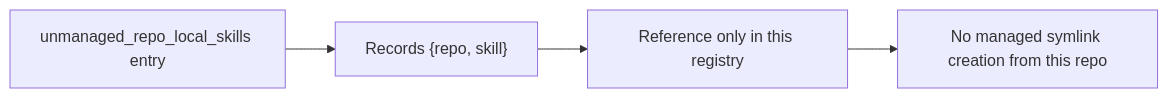
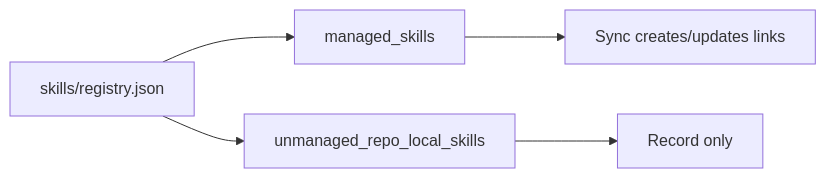
One commit to wisdom-in-a-nutshell/.agents changed the second of 4 diagrams in docs/references/skills-registry.md. Above: the diagram before and after it, drawn with Mermaid. The commit also changed other lines of this file, not shown here.

````diff
--- a/docs/references/skills-registry.md
+++ b/docs/references/skills-registry.md
@@ -37,6 +23,7 @@
 ```mermaid
 flowchart LR
-    A["unmanaged_repo_local_skills entry"] --> B["Records {repo, skill}"]
-    B --> C["Reference only in this registry"]
-    C --> D["No managed symlink creation from this repo"]
+    A[skills/registry.json] --> B[managed_skills]
+    A --> C[unmanaged_repo_local_skills]
+    B --> D[Sync creates/updates links]
+    C --> E[Record only]
 ```
````
